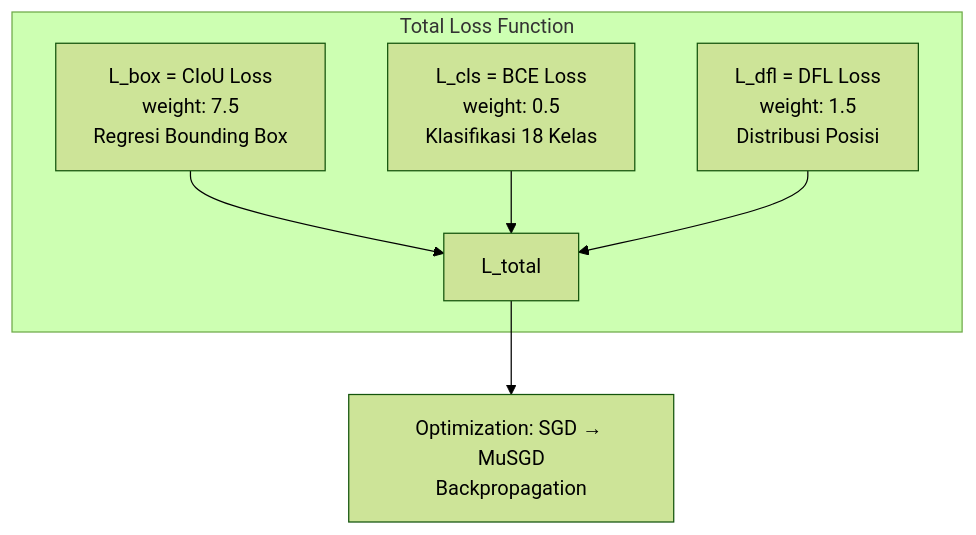
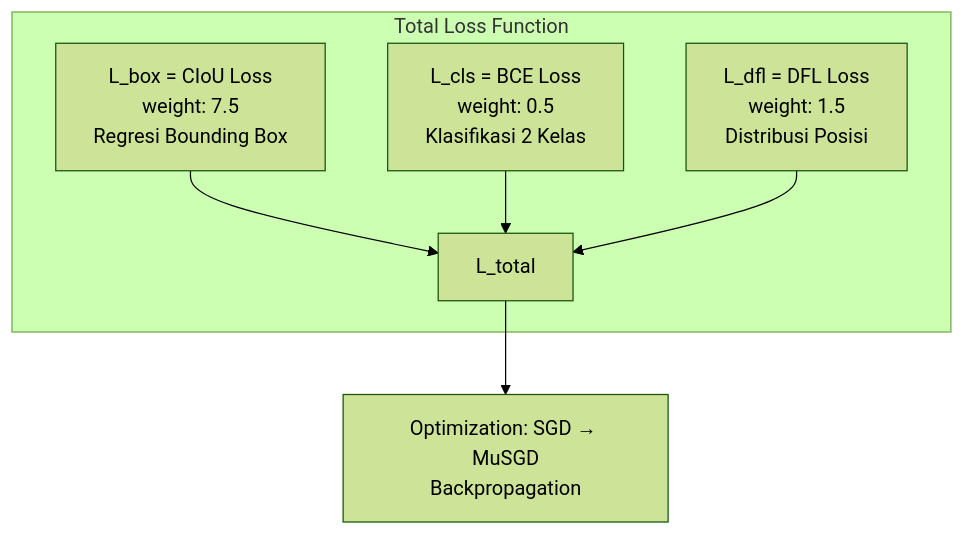
The seventh of 13 diagrams in proposalPaper/presentation.md (aryaw/SmartBin), drawn with Mermaid (forest theme) before and after one commit. The commit also changed other lines of this file and 18 other files, not shown here.

````diff
--- a/proposalPaper/presentation.md
+++ b/proposalPaper/presentation.md
@@ -197,9 +224,9 @@
 ```mermaid
 flowchart TD
     subgraph Loss[Total Loss Function]
         L1[L_box = CIoU Loss<br/>weight: 7.5<br/>Regresi Bounding Box] --> L_total[L_total]
-        L2[L_cls = BCE Loss<br/>weight: 0.5<br/>Klasifikasi 18 Kelas] --> L_total
+        L2[L_cls = BCE Loss<br/>weight: 0.5<br/>Klasifikasi 2 Kelas] --> L_total
         L3[L_dfl = DFL Loss<br/>weight: 1.5<br/>Distribusi Posisi] --> L_total
     end
     L_total --> O[Optimization: SGD → MuSGD<br/>Backpropagation]
 ```
````
